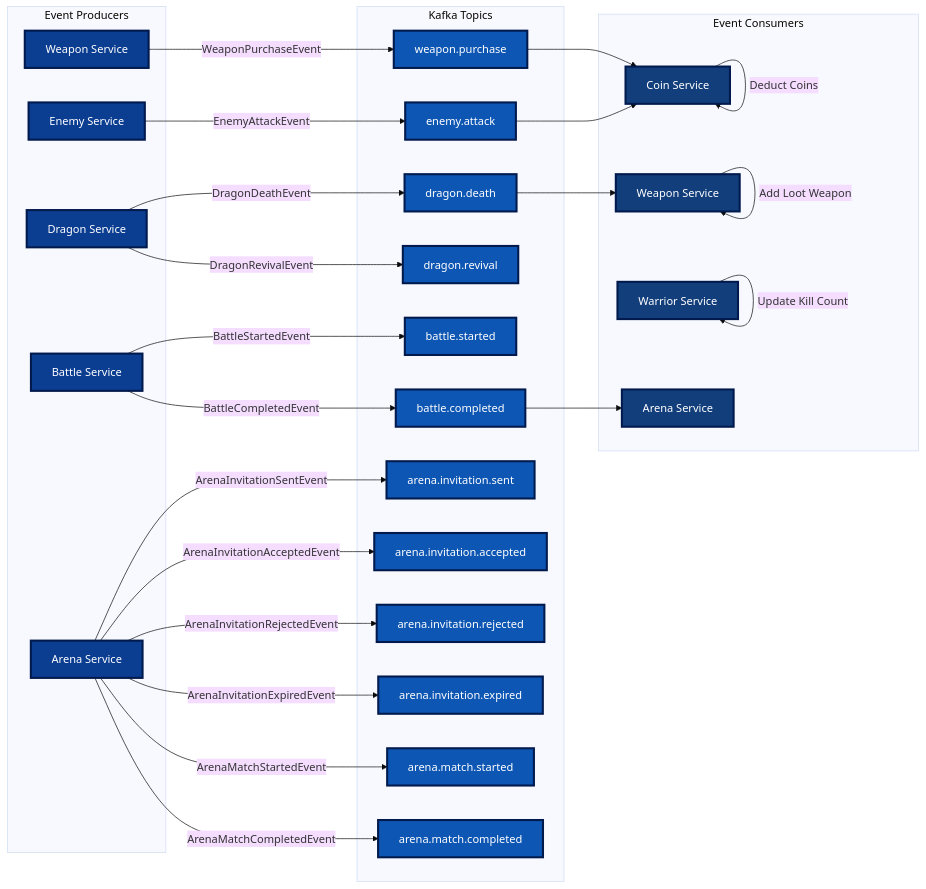
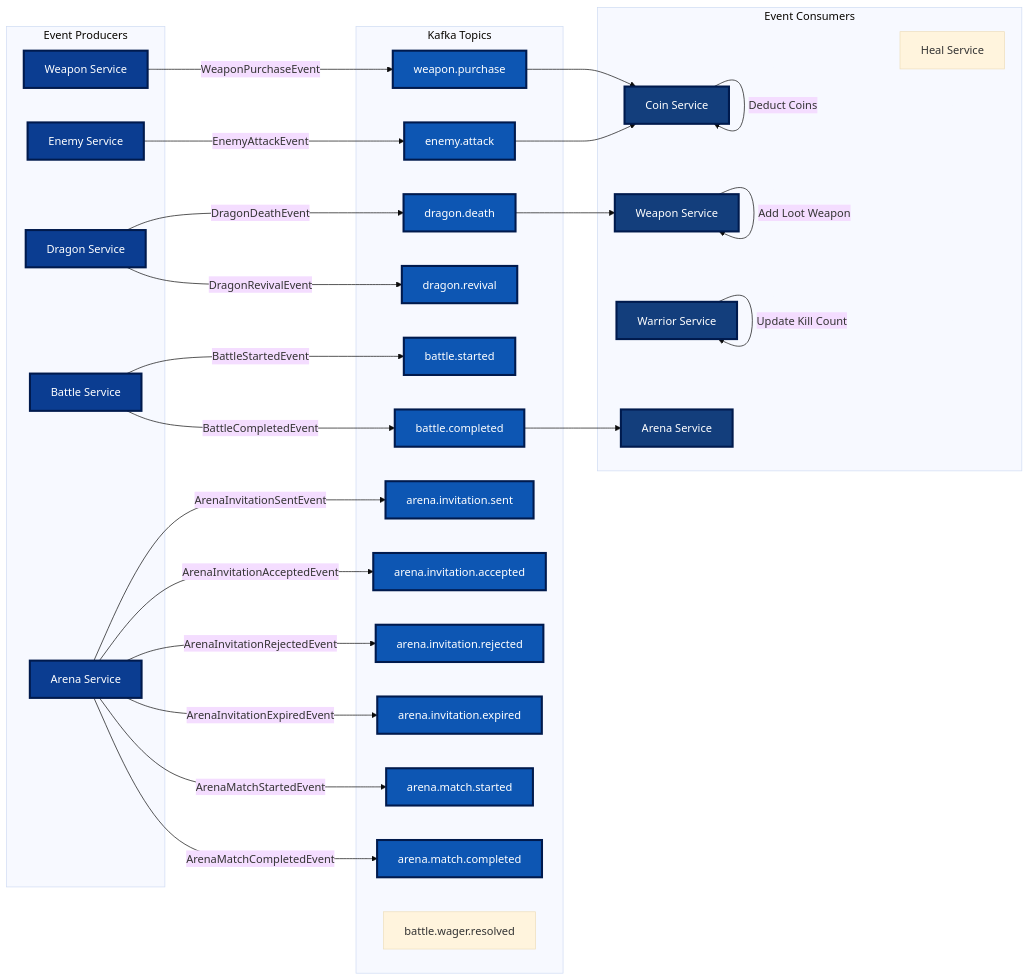
One commit to tiraten-bot/network-sec-micro changed the fifth of 29 diagrams in README.md. Above: the diagram before and after it, drawn with Mermaid (base theme).

Commit message:
Update README.md to include new event types and service connections in workflow diagrams

````diff
--- a/README.md
+++ b/README.md
@@ -267,76 +267,78 @@
 ```mermaid
 graph LR
     subgraph "Event Producers"
         WP[Weapon Service]
         E[Enemy Service]
         D[Dragon Service]
         B[Battle Service]
         A[Arena Service]
     end
     
     subgraph "Kafka Topics"
         T1[weapon.purchase]
         T2[enemy.attack]
         T3[dragon.death]
         T4[dragon.revival]
         T5[battle.started]
         T6[battle.completed]
         T7[arena.invitation.sent]
         T8[arena.invitation.accepted]
         T9[arena.invitation.rejected]
         T10[arena.invitation.expired]
         T11[arena.match.started]
         T12[arena.match.completed]
+        T13[battle.wager.resolved]
     end
     
     subgraph "Event Consumers"
         C[Coin Service]
         WP2[Weapon Service]
         W[Warrior Service]
         A2[Arena Service]
+        H[Heal Service]
     end
     
     WP -->|WeaponPurchaseEvent| T1
     E -->|EnemyAttackEvent| T2
     D -->|DragonDeathEvent| T3
     D -->|DragonRevivalEvent| T4
     B -->|BattleStartedEvent| T5
     B -->|BattleCompletedEvent| T6
     A -->|ArenaInvitationSentEvent| T7
     A -->|ArenaInvitationAcceptedEvent| T8
     A -->|ArenaInvitationRejectedEvent| T9
     A -->|ArenaInvitationExpiredEvent| T10
     A -->|ArenaMatchStartedEvent| T11
     A -->|ArenaMatchCompletedEvent| T12
     
     T1 --> C
     T2 --> C
     T3 --> WP2
     T6 --> A2
     
     C -->|Deduct Coins| C
     WP2 -->|Add Loot Weapon| WP2
     W -->|Update Kill Count| W
     
     style WP fill:#0b3d91,stroke:#001a4d,stroke-width:3px,color:#ffffff
     style E fill:#0b3d91,stroke:#001a4d,stroke-width:3px,color:#ffffff
     style D fill:#0b3d91,stroke:#001a4d,stroke-width:3px,color:#ffffff
     style B fill:#0b3d91,stroke:#001a4d,stroke-width:3px,color:#ffffff
     style A fill:#0b3d91,stroke:#001a4d,stroke-width:3px,color:#ffffff
     style T1 fill:#0d56b3,stroke:#001a4d,stroke-width:3px,color:#ffffff
     style T2 fill:#0d56b3,stroke:#001a4d,stroke-width:3px,color:#ffffff
     style T3 fill:#0d56b3,stroke:#001a4d,stroke-width:3px,color:#ffffff
     style T4 fill:#0d56b3,stroke:#001a4d,stroke-width:3px,color:#ffffff
     style T5 fill:#0d56b3,stroke:#001a4d,stroke-width:3px,color:#ffffff
     style T6 fill:#0d56b3,stroke:#001a4d,stroke-width:3px,color:#ffffff
     style T7 fill:#0d56b3,stroke:#001a4d,stroke-width:3px,color:#ffffff
     style T8 fill:#0d56b3,stroke:#001a4d,stroke-width:3px,color:#ffffff
     style T9 fill:#0d56b3,stroke:#001a4d,stroke-width:3px,color:#ffffff
     style T10 fill:#0d56b3,stroke:#001a4d,stroke-width:3px,color:#ffffff
     style T11 fill:#0d56b3,stroke:#001a4d,stroke-width:3px,color:#ffffff
     style T12 fill:#0d56b3,stroke:#001a4d,stroke-width:3px,color:#ffffff
     style C fill:#133e7c,stroke:#001a4d,stroke-width:3px,color:#ffffff
     style WP2 fill:#133e7c,stroke:#001a4d,stroke-width:3px,color:#ffffff
     style W fill:#133e7c,stroke:#001a4d,stroke-width:3px,color:#ffffff
     style A2 fill:#133e7c,stroke:#001a4d,stroke-width:3px,color:#ffffff
 ```
````
